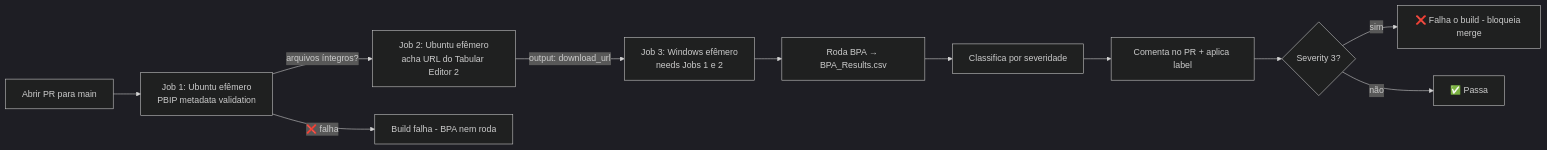
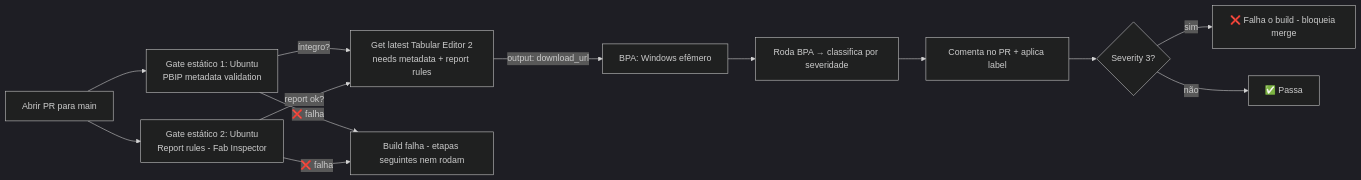
Before and after one commit to joaopedropeira/fabric-ci-cd: the diagram in docs/EXPLICACAO.md, drawn with Mermaid (dark theme). The commit also changed other lines of this file and 1 other file, not shown here.

First line of the commit message:
ci: run metadata and report-rules gates in parallel before BPA

````diff
--- a/docs/EXPLICACAO.md
+++ b/docs/EXPLICACAO.md
@@ -48,13 +48,15 @@
 ```mermaid
 flowchart LR
-    A[Abrir PR para main] --> V[Job 1: Ubuntu efêmero<br/>PBIP metadata validation]
-    V -->|arquivos íntegros?| C[Job 2: Ubuntu efêmero<br/>acha URL do Tabular Editor 2]
-    V -->|❌ falha| X[Build falha - BPA nem roda]
-    C -->|output: download_url| D[Job 3: Windows efêmero<br/>needs Jobs 1 e 2]
-    D --> E[Roda BPA → BPA_Results.csv]
-    E --> F[Classifica por severidade]
-    F --> G[Comenta no PR + aplica label]
+    A[Abrir PR para main] --> M[Gate estático 1: Ubuntu<br/>PBIP metadata validation]
+    A --> R[Gate estático 2: Ubuntu<br/>Report rules - Fab Inspector]
+    M -->|íntegro?| C[Get latest Tabular Editor 2<br/>needs metadata + report rules]
+    R -->|report ok?| C
+    M -->|❌ falha| X[Build falha - etapas seguintes nem rodam]
+    R -->|❌ falha| X
+    C -->|output: download_url| D[BPA: Windows efêmero]
+    D --> E[Roda BPA → classifica por severidade]
+    E --> G[Comenta no PR + aplica label]
     G --> H{Severity 3?}
     H -->|sim| I[❌ Falha o build - bloqueia merge]
     H -->|não| J[✅ Passa]
 ```
````
